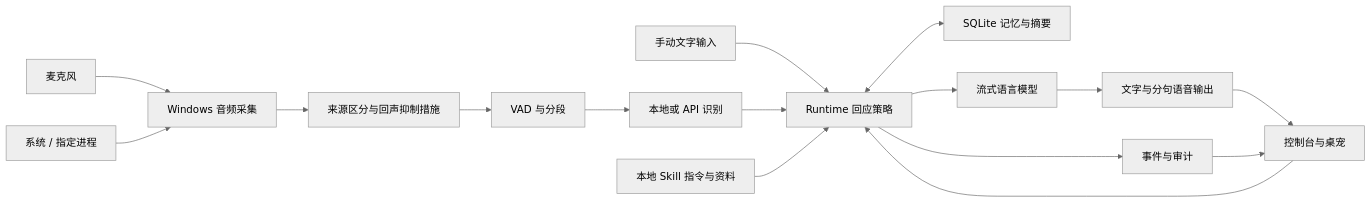
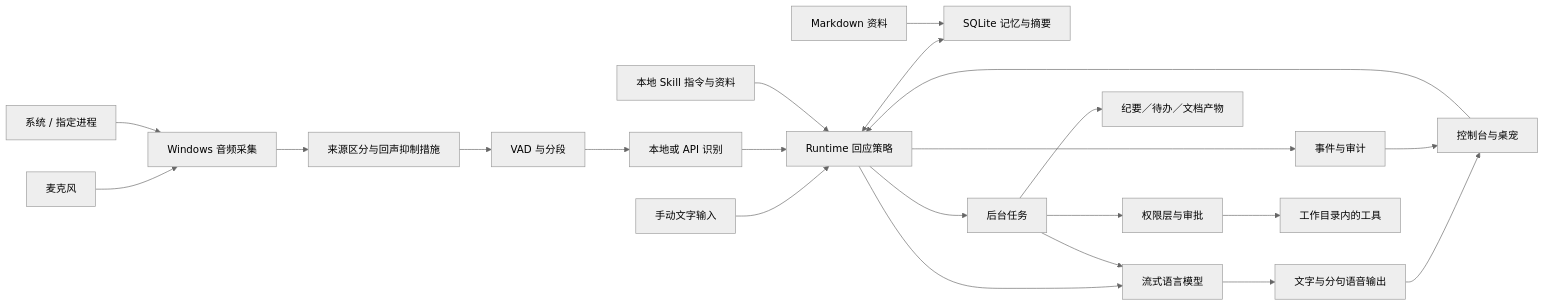
One commit to MuzeAnisichael/GreatSage changed the diagram in docs/architecture.md. Above: the diagram before and after it, drawn with Mermaid (neutral theme). The commit also changed other lines of this file and 12 other files, not shown here.

````diff
--- a/docs/architecture.md
+++ b/docs/architecture.md
@@ -7,18 +7,24 @@
 ```mermaid
 flowchart LR
     Mic[麦克风] --> Capture[Windows 音频采集]
     Desktop[系统 / 指定进程] --> Capture
     Capture --> Echo[来源区分与回声抑制措施]
     Echo --> VAD[VAD 与分段]
     VAD --> ASR[本地或 API 识别]
     Text[手动文字输入] --> Runtime[Runtime 回应策略]
     ASR --> Runtime
     Runtime <--> Memory[SQLite 记忆与摘要]
     Skills[本地 Skill 指令与资料] --> Runtime
     Runtime --> LLM[流式语言模型]
     LLM --> Output[文字与分句语音输出]
     Output --> UI[控制台与桌宠]
     UI --> Runtime
     Runtime --> Events[事件与审计]
     Events --> UI
+    Materials[Markdown 资料] --> Memory
+    Runtime --> Tasks[后台任务]
+    Tasks --> LLM
+    Tasks --> Artifacts[纪要／待办／文档产物]
+    Tasks --> Policy[权限层与审批]
+    Policy --> Tools[工作目录内的工具]
 ```
````
